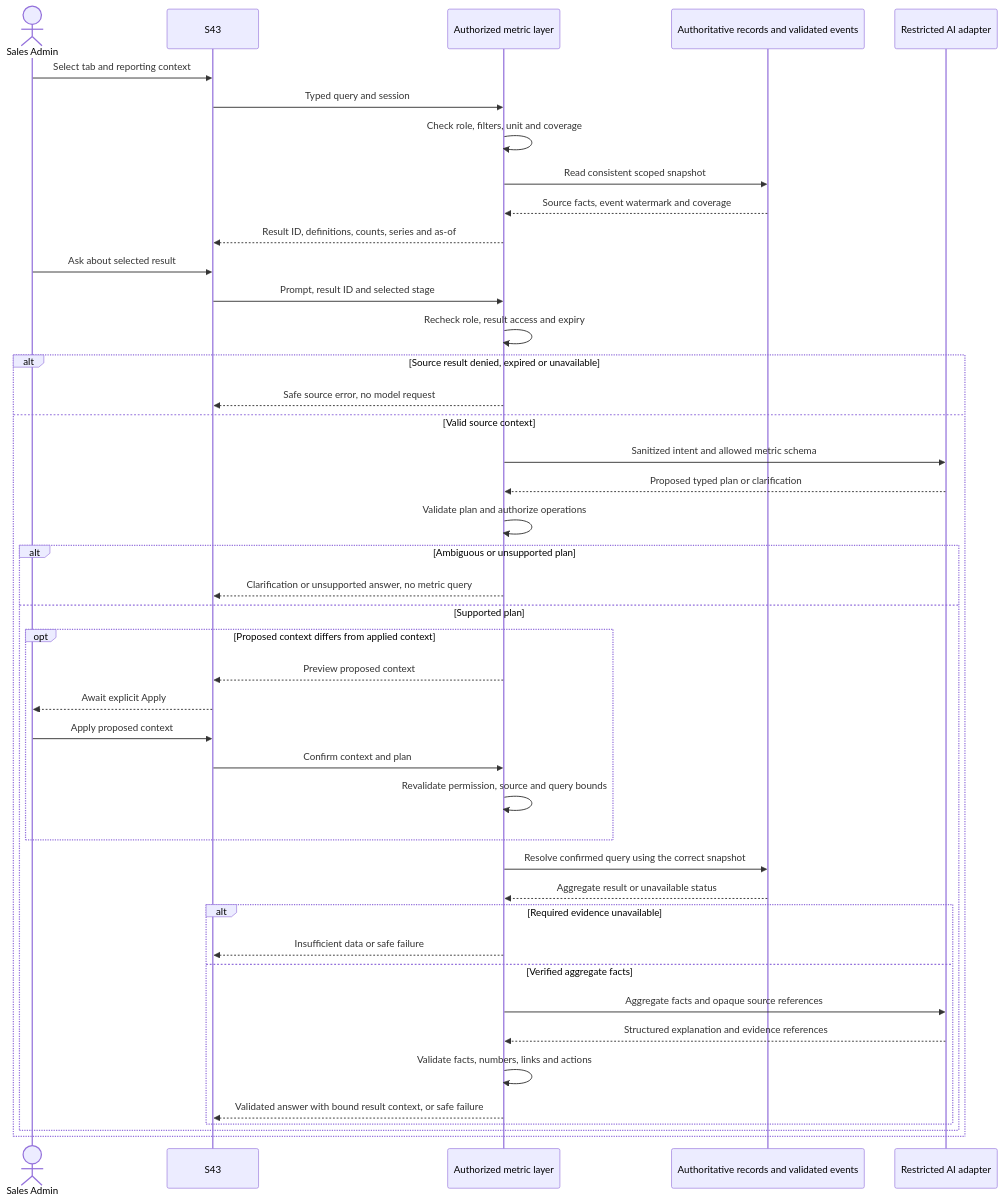
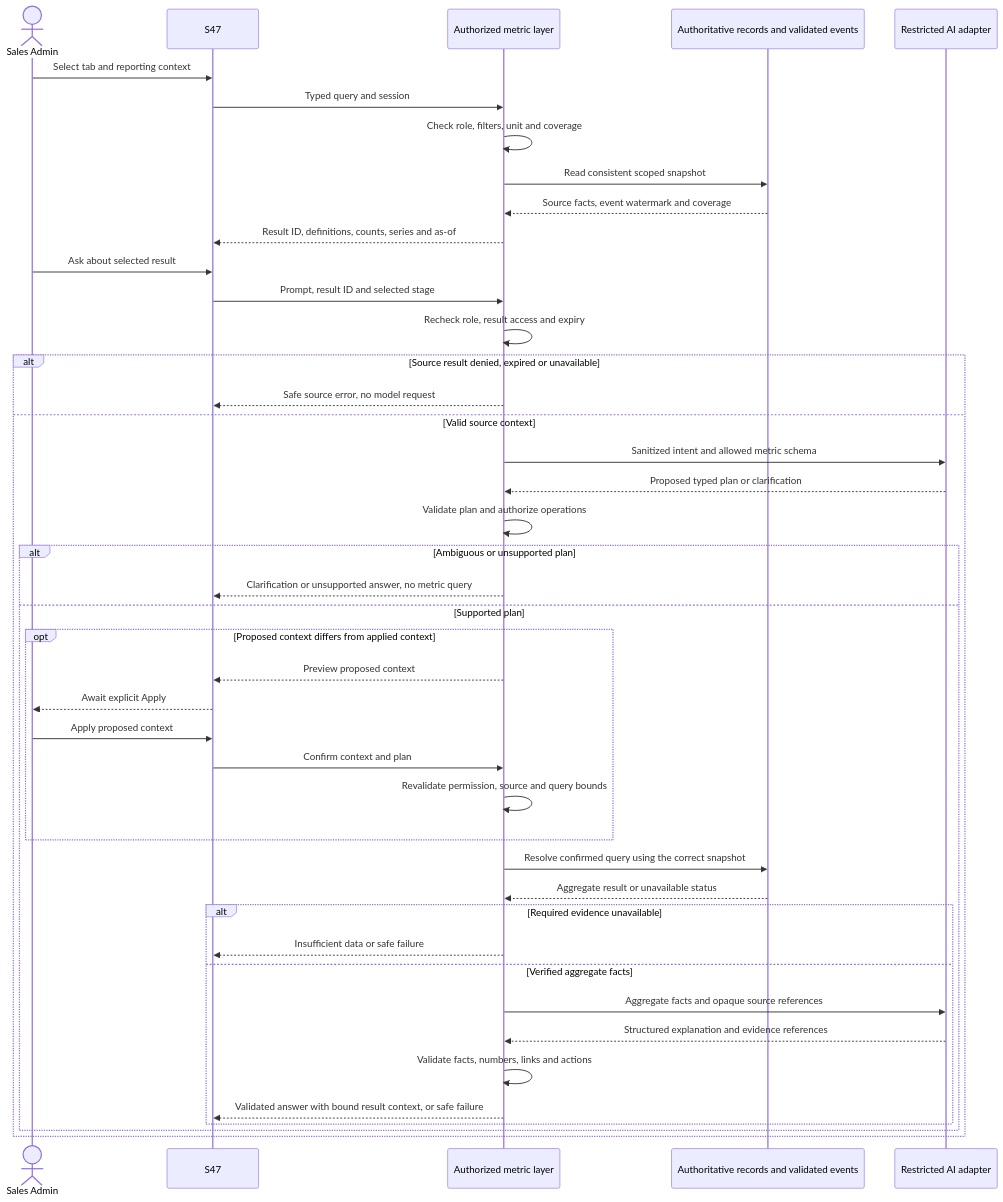
One commit to ankhanhwork/weavelink-project changed the second of 2 diagrams in docs/spec/specs/spec-MFG-11.md. Above: the diagram before and after it, drawn with Mermaid. The commit also changed other lines of this file and 235 other files, not shown here.

````diff
--- a/docs/spec/specs/spec-MFG-11.md
+++ b/docs/spec/specs/spec-MFG-11.md
@@ -95,45 +95,45 @@
 ```mermaid
 sequenceDiagram
     actor Admin as Sales Admin
-    participant UI as S43
+    participant UI as S47
     participant Analytics as Authorized metric layer
     participant Store as Authoritative records and validated events
     participant AI as Restricted AI adapter
     Admin->>UI: Select tab and reporting context
     UI->>Analytics: Typed query and session
     Analytics->>Analytics: Check role, filters, unit and coverage
     Analytics->>Store: Read consistent scoped snapshot
     Store-->>Analytics: Source facts, event watermark and coverage
     Analytics-->>UI: Result ID, definitions, counts, series and as-of
     Admin->>UI: Ask about selected result
     UI->>Analytics: Prompt, result ID and selected stage
     Analytics->>Analytics: Recheck role, result access and expiry
     alt Source result denied, expired or unavailable
         Analytics-->>UI: Safe source error, no model request
     else Valid source context
         Analytics->>AI: Sanitized intent and allowed metric schema
         AI-->>Analytics: Proposed typed plan or clarification
         Analytics->>Analytics: Validate plan and authorize operations
         alt Ambiguous or unsupported plan
             Analytics-->>UI: Clarification or unsupported answer, no metric query
         else Supported plan
             opt Proposed context differs from applied context
                 Analytics-->>UI: Preview proposed context
                 UI-->>Admin: Await explicit Apply
                 Admin->>UI: Apply proposed context
                 UI->>Analytics: Confirm context and plan
                 Analytics->>Analytics: Revalidate permission, source and query bounds
             end
             Analytics->>Store: Resolve confirmed query using the correct snapshot
             Store-->>Analytics: Aggregate result or unavailable status
             alt Required evidence unavailable
                 Analytics-->>UI: Insufficient data or safe failure
             else Verified aggregate facts
                 Analytics->>AI: Aggregate facts and opaque source references
                 AI-->>Analytics: Structured explanation and evidence references
                 Analytics->>Analytics: Validate facts, numbers, links and actions
                 Analytics-->>UI: Validated answer with bound result context, or safe failure
             end
         end
     end
 ```
````
